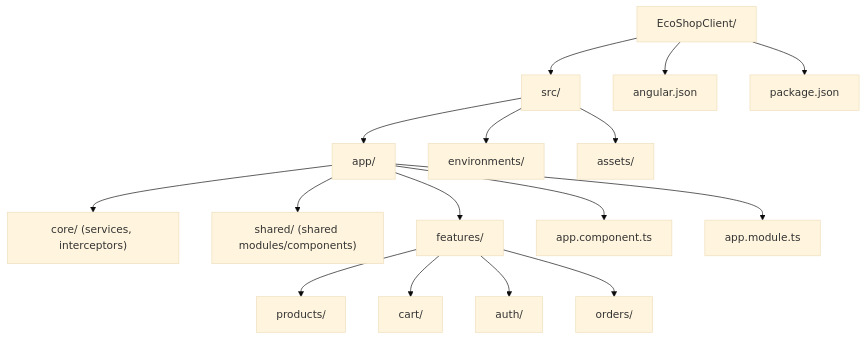
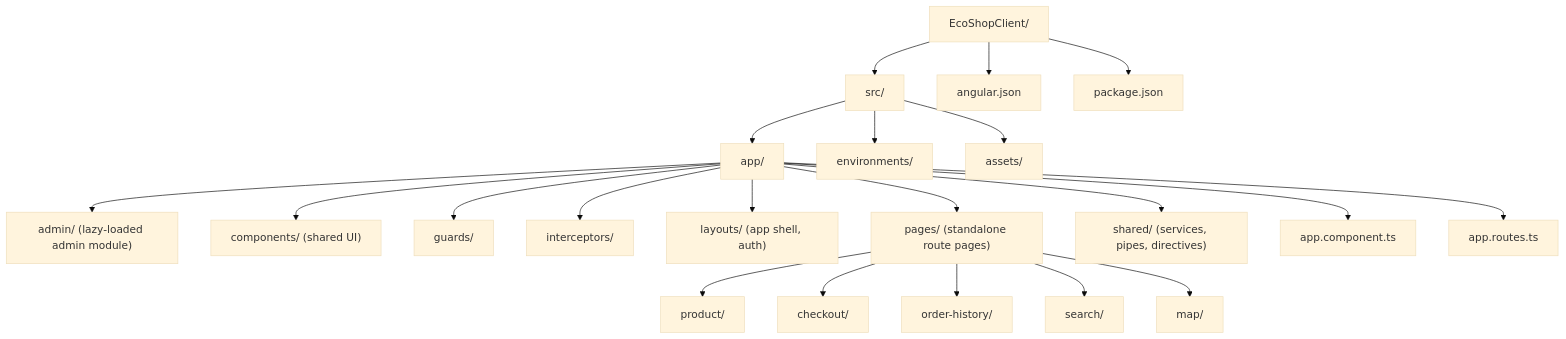
One commit to MostafaElmarakpy/EcoShopClient changed the diagram in README.md. Above: the diagram before and after it, drawn with Mermaid (base theme). The commit also changed other lines of this file, not shown here.

````diff
--- a/README.md
+++ b/README.md
@@ -108,19 +148,24 @@
 ```mermaid
 flowchart TD
     Root["EcoShopClient/"]
     Root --> SRC["src/"]
     SRC --> APP["app/"]
-    APP --> CORE["core/ (services, interceptors)"]
-    APP --> SHARED["shared/ (shared modules/components)"]
-    APP --> FEATURES["features/"]
-    FEATURES --> PRODUCTS["products/"]
-    FEATURES --> CART["cart/"]
-    FEATURES --> AUTH["auth/"]
-    FEATURES --> ORDERS["orders/"]
+    APP --> ADMIN["admin/ (lazy-loaded admin module)"]
+    APP --> COMPONENTS["components/ (shared UI)"]
+    APP --> GUARDS["guards/"]
+    APP --> INTERCEPTORS["interceptors/"]
+    APP --> LAYOUTS["layouts/ (app shell, auth)"]
+    APP --> PAGES["pages/ (standalone route pages)"]
+    PAGES --> PRODUCT["product/"]
+    PAGES --> CHECKOUT["checkout/"]
+    PAGES --> ORDERS["order-history/"]
+    PAGES --> SEARCH["search/"]
+    PAGES --> MAP["map/"]
+    APP --> SHARED["shared/ (services, pipes, directives)"]
     APP --> APPCOMP["app.component.ts"]
-    APP --> APPMOD["app.module.ts"]
+    APP --> APPRTS["app.routes.ts"]
     SRC --> ENV["environments/"]
     SRC --> ASSETS["assets/"]
     Root --> ANGJSON["angular.json"]
     Root --> PKG["package.json"]
 ```
````
